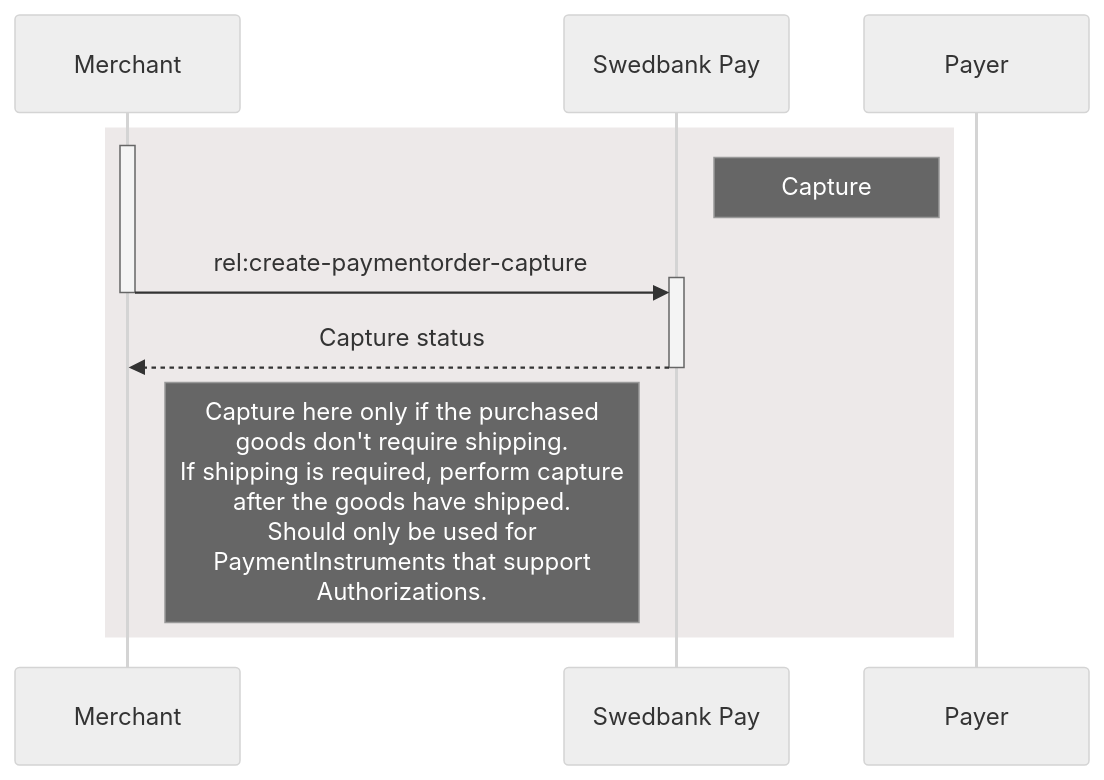
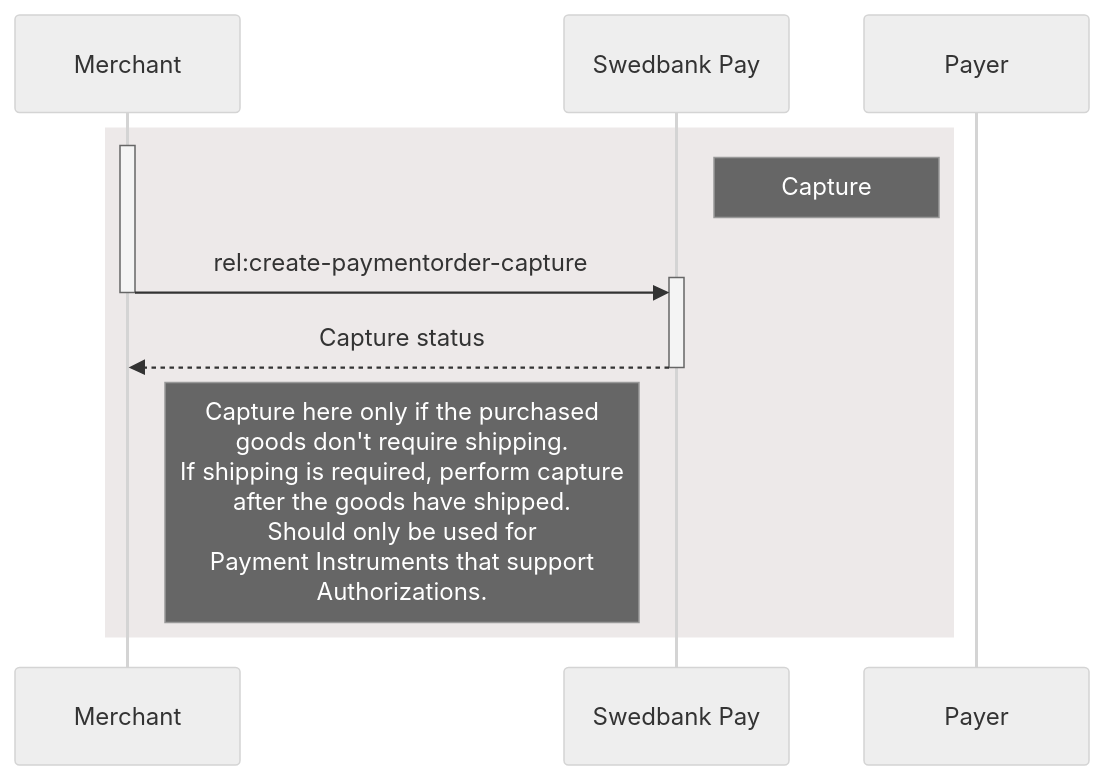
One commit to SwedbankPay/developer.swedbankpay.com changed the diagram in _includes/payment-order-capture.md. Above: the diagram before and after it, drawn with Mermaid (neutral theme). The commit also changed other lines of this file and 4 other files, not shown here.

````diff
--- a/_includes/payment-order-capture.md
+++ b/_includes/payment-order-capture.md
@@ -24,14 +31,14 @@
 ```mermaid
 sequenceDiagram
     participant Merchant
     participant SwedbankPay as Swedbank Pay
 
     rect rgba(81,43,43,0.1)
         activate Merchant
         note left of Payer: Capture
         Merchant ->>+ SwedbankPay: rel:create-paymentorder-capture
         deactivate Merchant
         SwedbankPay -->>- Merchant: Capture status
-        note right of Merchant: Capture here only if the purchased<br/>goods don't require shipping.<br/>If shipping is required, perform capture<br/>after the goods have shipped.<br>Should only be used for <br>PaymentInstruments that support <br>Authorizations.
+        note right of Merchant: Capture here only if the purchased<br/>goods don't require shipping.<br/>If shipping is required, perform capture<br/>after the goods have shipped.<br>Should only be used for <br>Payment Instruments that support <br>Authorizations.
     end
 ```
````
